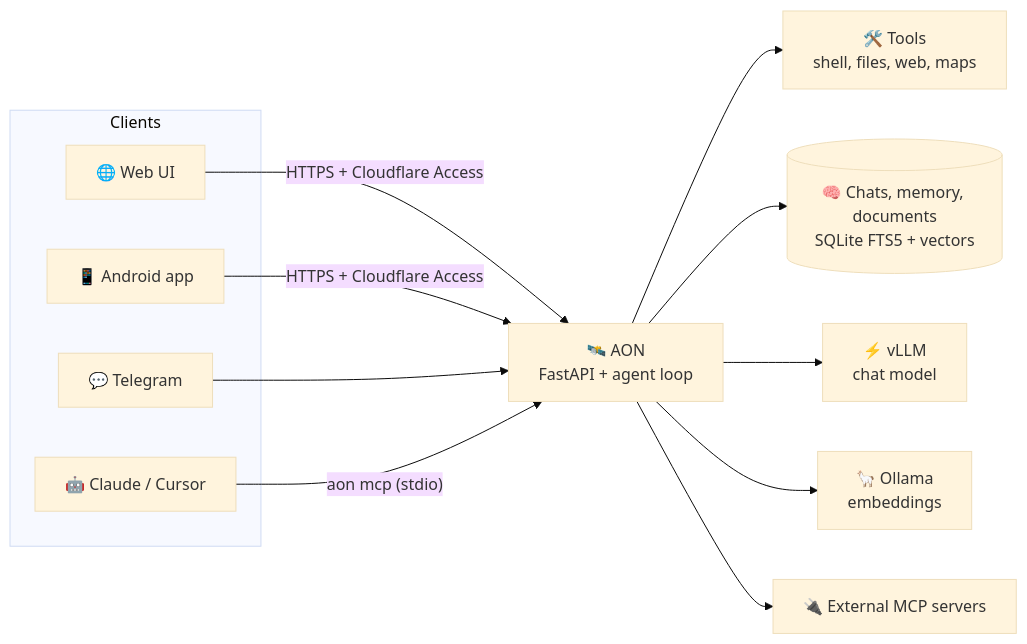
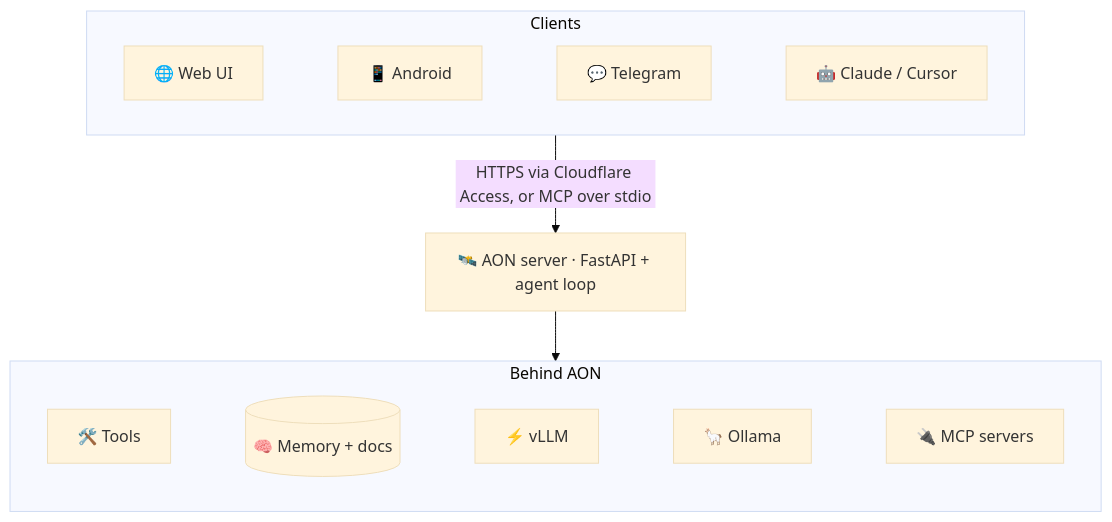
The diagram in README.md (leo007-htun/AON), drawn with Mermaid (base theme) before and after one commit. The commit also changed other lines of this file, not shown here.

Commit message:
README: top-down architecture diagram, tidier MCP tools table

````diff
--- a/README.md
+++ b/README.md
@@ -172,19 +172,14 @@
 ```mermaid
-flowchart LR
-    subgraph Clients
-        W["🌐 Web UI"]
-        A["📱 Android app"]
-        T["💬 Telegram"]
-        M["🤖 Claude / Cursor"]
+flowchart TB
+    subgraph clients["Clients"]
+        direction LR
+        W["🌐 Web UI"] ~~~ A["📱 Android"] ~~~ T["💬 Telegram"] ~~~ M["🤖 Claude / Cursor"]
     end
-    W -- "HTTPS + Cloudflare Access" --> S
-    A -- "HTTPS + Cloudflare Access" --> S
-    T --> S
-    M -- "aon mcp (stdio)" --> S
-    S["🛰️ AON<br/>FastAPI + agent loop"]
-    S --> TL["🛠️ Tools<br/>shell, files, web, maps"]
-    S --> DB[("🧠 Chats, memory, documents<br/>SQLite FTS5 + vectors")]
-    S --> V["⚡ vLLM<br/>chat model"]
-    S --> O["🦙 Ollama<br/>embeddings"]
-    S --> X["🔌 External MCP servers"]
+    S["🛰️ AON server · FastAPI + agent loop"]
+    subgraph backends["Behind AON"]
+        direction LR
+        TL["🛠️ Tools"] ~~~ DB[("🧠 Memory + docs")] ~~~ V["⚡ vLLM"] ~~~ O["🦙 Ollama"] ~~~ X["🔌 MCP servers"]
+    end
+    clients -- "HTTPS via Cloudflare Access, or MCP over stdio" --> S
+    S --> backends
 ```
````
